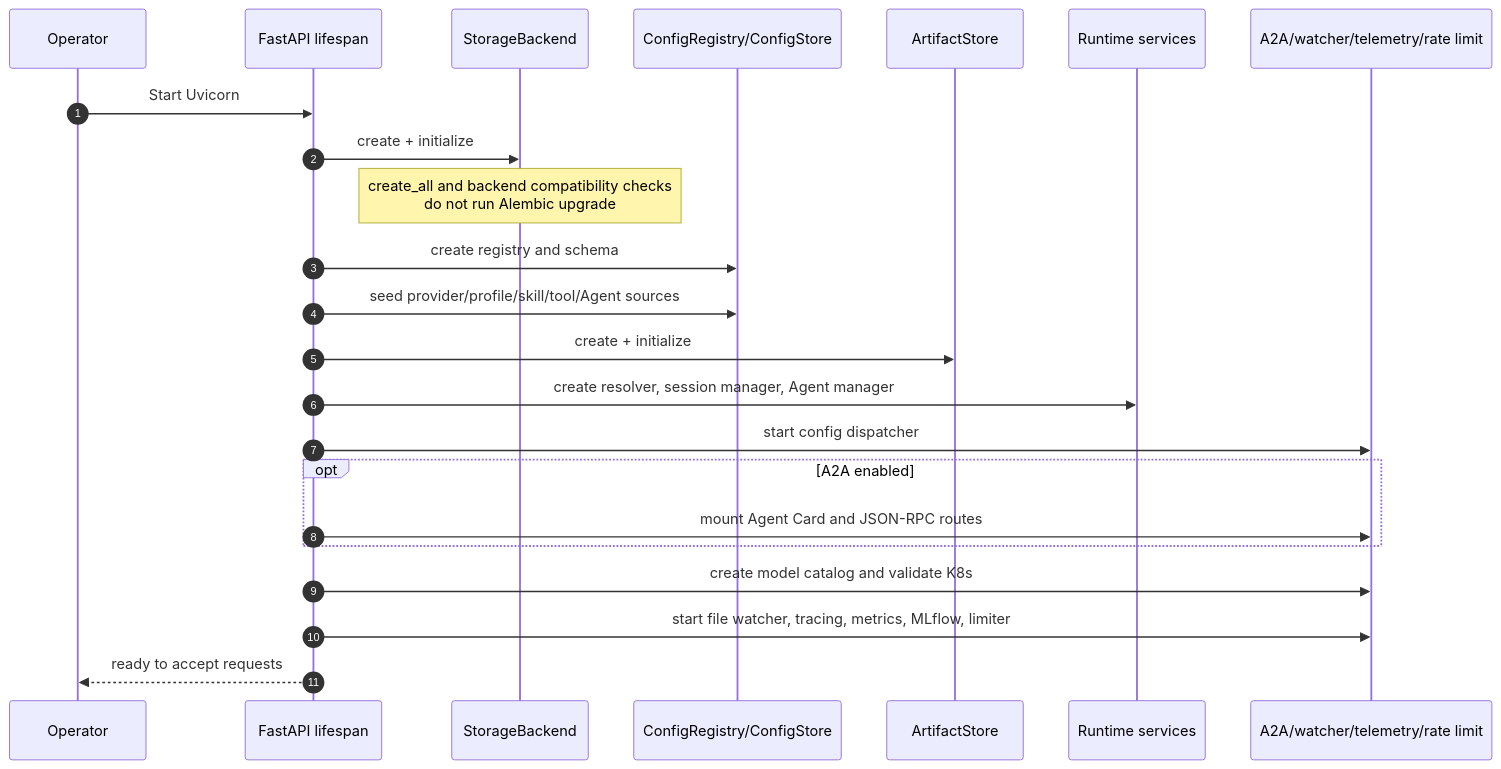
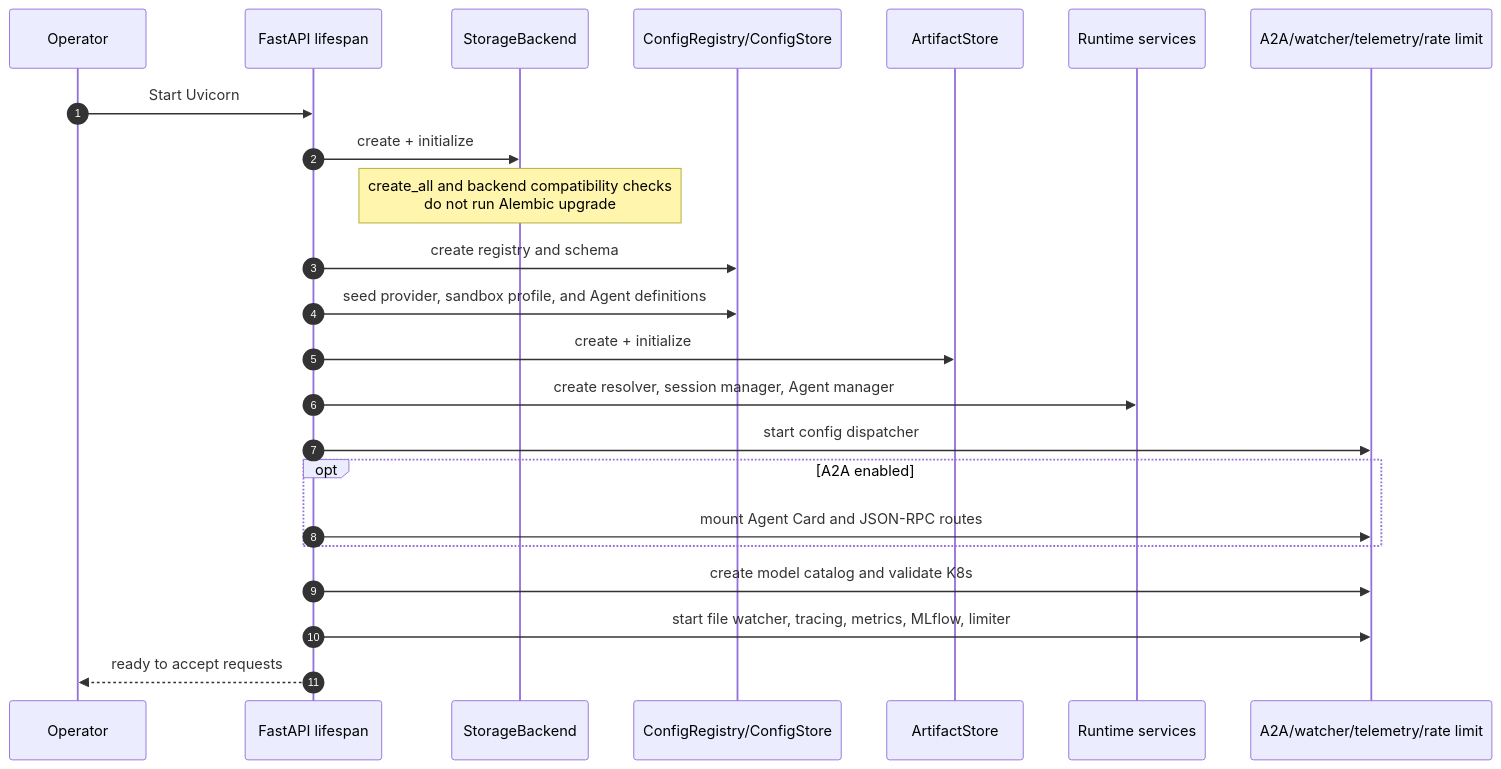
The first of 5 diagrams in docs/architecture/07-runtime-flows.md (CognicellAI/Cognition), drawn with Mermaid before and after one commit. The commit also changed other lines of this file and 22 other files, not shown here.

Commit message:
Refresh Cognition architecture and document navigation

````diff
--- a/docs/architecture/07-runtime-flows.md
+++ b/docs/architecture/07-runtime-flows.md
@@ -21,26 +21,26 @@
 ```mermaid
 sequenceDiagram
     autonumber
     participant Operator
     participant FastAPI as FastAPI lifespan
     participant Storage as StorageBackend
     participant Registry as ConfigRegistry/ConfigStore
     participant Artifact as ArtifactStore
     participant Runtime as Runtime services
     participant Optional as A2A/watcher/telemetry/rate limit
 
     Operator->>FastAPI: Start Uvicorn
     FastAPI->>Storage: create + initialize
     Note over Storage: create_all and backend compatibility checks<br/>do not run Alembic upgrade
     FastAPI->>Registry: create registry and schema
-    FastAPI->>Registry: seed provider/profile/skill/tool/Agent sources
+    FastAPI->>Registry: seed provider, sandbox profile, and Agent definitions
     FastAPI->>Artifact: create + initialize
     FastAPI->>Runtime: create resolver, session manager, Agent manager
     FastAPI->>Optional: start config dispatcher
     opt A2A enabled
         FastAPI->>Optional: mount Agent Card and JSON-RPC routes
     end
     FastAPI->>Optional: create model catalog and validate K8s
     FastAPI->>Optional: start file watcher, tracing, metrics, MLflow, limiter
     FastAPI-->>Operator: ready to accept requests
 ```
````
